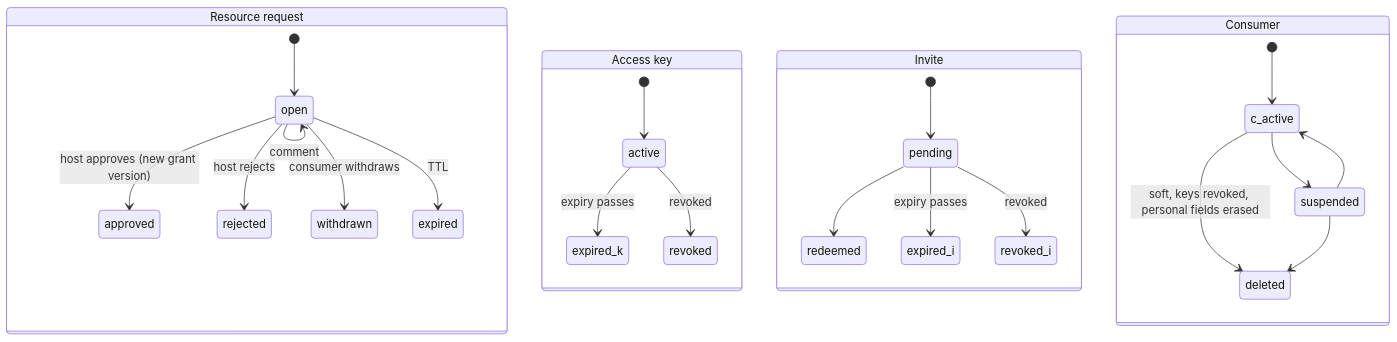
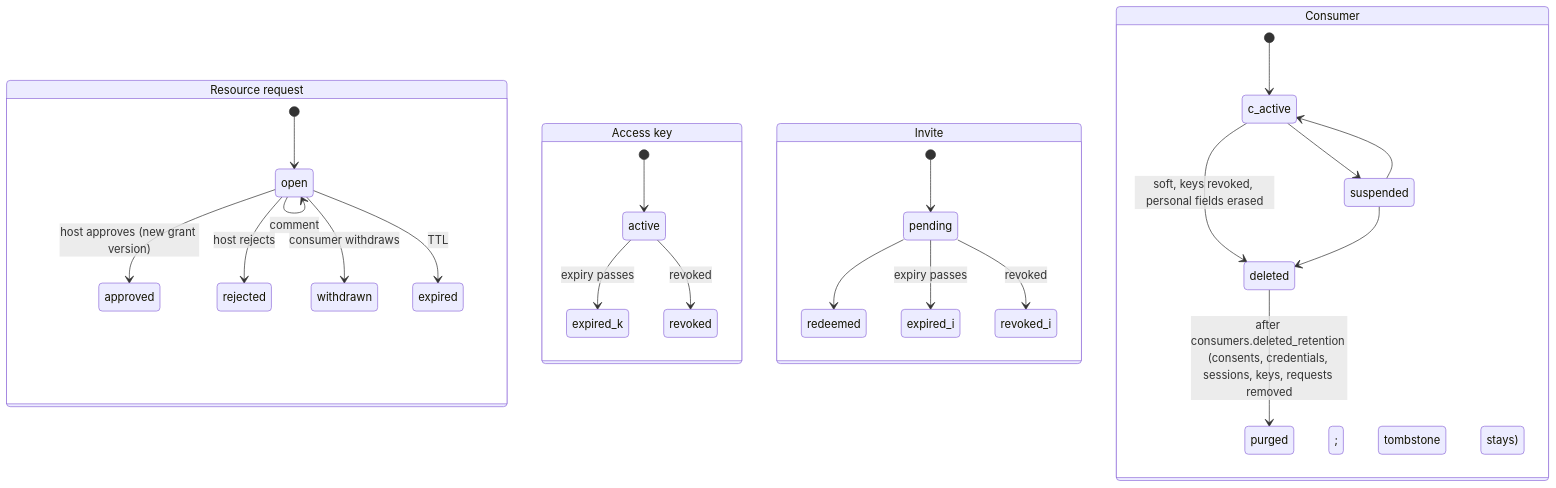
One commit to inCoderKaka/local-server changed the fourth of 10 diagrams in docs/design_docs/lld.md. Above: the diagram before and after it, drawn with Mermaid. The commit also changed other lines of this file, not shown here.

````diff
--- a/docs/design_docs/lld.md
+++ b/docs/design_docs/lld.md
@@ -213,29 +284,30 @@
 ```mermaid
 stateDiagram-v2
   state "Resource request" as RR {
     [*] --> open
     open --> open: comment
     open --> approved: host approves (new grant version)
     open --> rejected: host rejects
     open --> withdrawn: consumer withdraws
     open --> expired: TTL
   }
   state "Access key" as AK {
     [*] --> active
     active --> expired_k: expiry passes
     active --> revoked: revoked
   }
   state "Invite" as IV {
     [*] --> pending
     pending --> redeemed
     pending --> expired_i: expiry passes
     pending --> revoked_i: revoked
   }
   state "Consumer" as CO {
     [*] --> c_active
     c_active --> suspended
     suspended --> c_active
     c_active --> deleted: soft, keys revoked, personal fields erased
     suspended --> deleted
+    deleted --> purged: after consumers.deleted_retention (consents, credentials, sessions, keys, requests removed; tombstone stays)
   }
 ```
````
